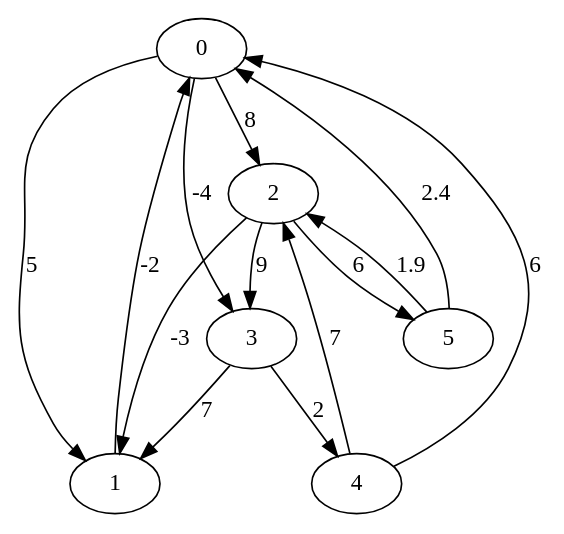
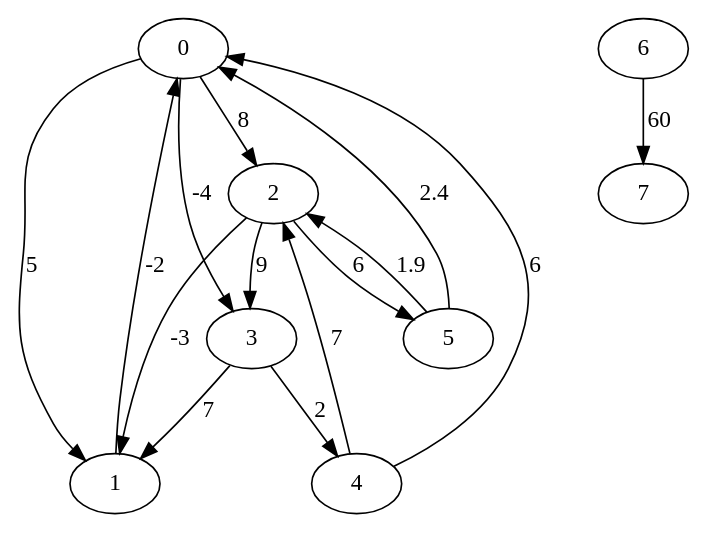
The diagram in g2.dot (gresendesa/pathfinding), drawn with Graphviz before and after one commit. The commit also changed 2 other files, not shown here.

```diff
--- a/g2.dot
+++ b/g2.dot
@@ -1,15 +1,16 @@
 digraph g {
 	0 -> 1 [label=5];
 	0 -> 2 [label=8];
 	0 -> 3 [label=-4];
 	1 -> 0 [label=-2];
 	2 -> 1 [label=-3];
 	2 -> 3 [label=9];
 	2 -> 5 [label=6];
 	3 -> 4 [label=2];
 	3 -> 1 [label=7];
 	4 -> 0 [label=6];
 	4 -> 2 [label=7];
 	5 -> 0 [label=2.4];
 	5 -> 2 [label=1.9];
+	6 -> 7 [label=60];
 }
```
